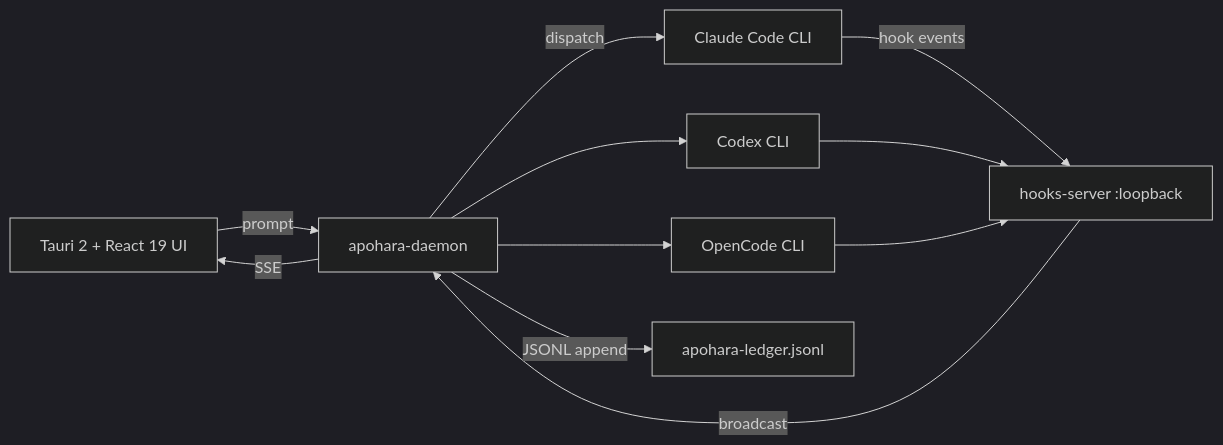
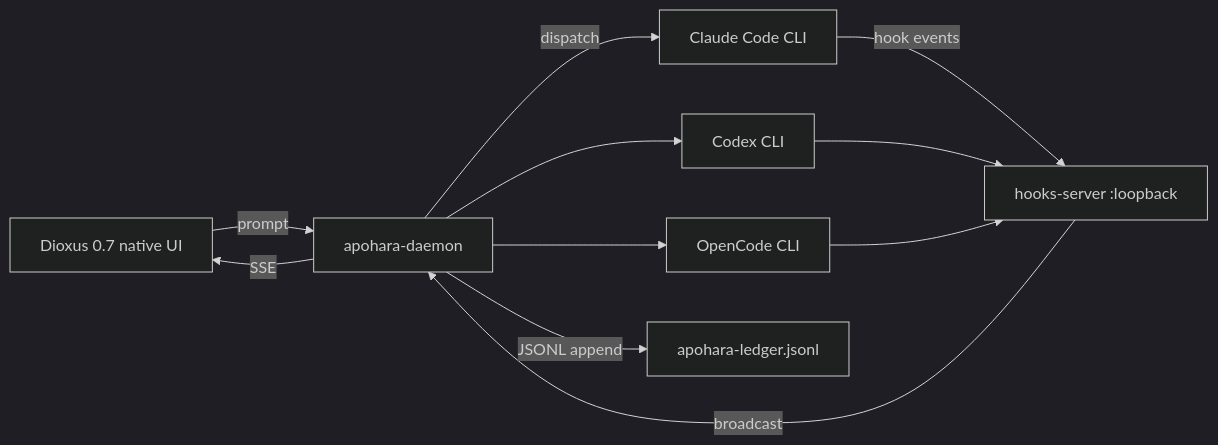
The diagram in docs/architecture.md (SuarezPM/Apohara-Catalyst), drawn with Mermaid (dark theme) before and after one commit. The commit also changed other lines of this file and 11 other files, not shown here.

````diff
--- a/docs/architecture.md
+++ b/docs/architecture.md
@@ -12,13 +12,13 @@
 ```mermaid
 flowchart LR
-    UI[Tauri 2 + React 19 UI] -->|prompt| Daemon
+    UI[Dioxus 0.7 native UI] -->|prompt| Daemon
     Daemon[apohara-daemon] -->|dispatch| Worker1[Claude Code CLI]
     Daemon --> Worker2[Codex CLI]
     Daemon --> Worker3[OpenCode CLI]
     Worker1 -->|hook events| Hooks[hooks-server :loopback]
     Worker2 --> Hooks
     Worker3 --> Hooks
     Hooks -->|broadcast| Daemon
     Daemon -->|JSONL append| Ledger[apohara-ledger.jsonl]
     Daemon -->|SSE| UI
 ```
````
